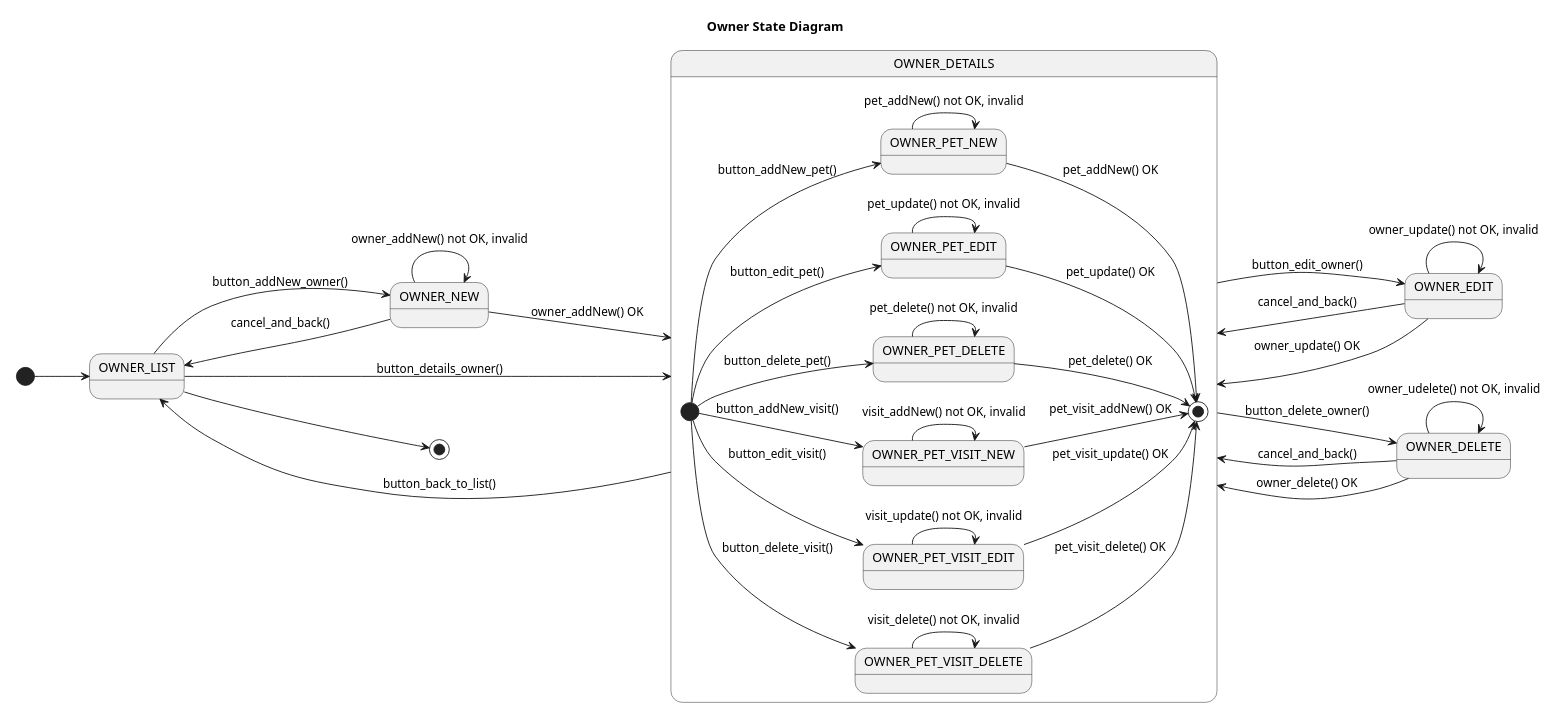
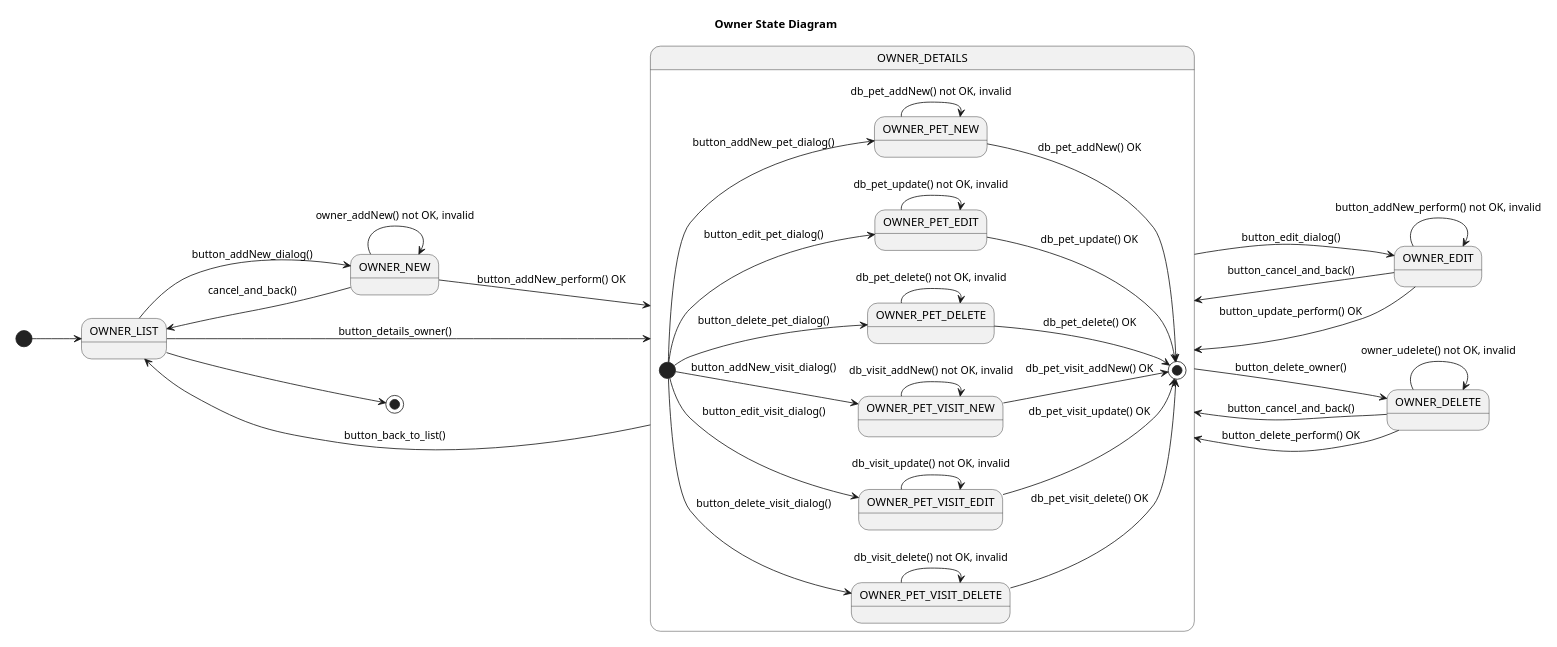
One commit to Jakarta-EE-Petclinic/petclinic-uml changed the diagram in puml/owner/Owner__State.puml. Above: the diagram before and after it, drawn with PlantUML. The commit also changed 2 other files, not shown here.

```diff
--- a/puml/owner/Owner__State.puml
+++ b/puml/owner/Owner__State.puml
@@ -1,83 +1,80 @@
 @startuml
 
 title Owner State Diagram
 
 'https://plantuml.com/state-diagram
 
 left to right direction
 'top to bottom direction
 
 scale 1000 width
 
 [*] --> OWNER_LIST
 
-OWNER_LIST --> OWNER_NEW : button_addNew_owner()
-
+OWNER_LIST --> OWNER_NEW : button_addNew_dialog()
 OWNER_NEW --> OWNER_LIST: cancel_and_back()
-OWNER_NEW --> OWNER_DETAILS: owner_addNew() OK
+OWNER_NEW --> OWNER_DETAILS: button_addNew_perform() OK
 
 OWNER_LIST --> OWNER_DETAILS: button_details_owner()
-
 OWNER_DETAILS --> OWNER_LIST: button_back_to_list()
 
-OWNER_DETAILS --> OWNER_EDIT: button_edit_owner()
-OWNER_EDIT --> OWNER_DETAILS: cancel_and_back()
+OWNER_DETAILS --> OWNER_EDIT: button_edit_dialog()
+OWNER_EDIT --> OWNER_DETAILS: button_cancel_and_back()
+OWNER_EDIT --> OWNER_DETAILS: button_update_perform() OK
 
 OWNER_DETAILS --> OWNER_DELETE: button_delete_owner()
-OWNER_DELETE --> OWNER_DETAILS: cancel_and_back()
-
-OWNER_EDIT --> OWNER_DETAILS: owner_update() OK
-OWNER_DELETE --> OWNER_DETAILS: owner_delete() OK
+OWNER_DELETE --> OWNER_DETAILS: button_cancel_and_back()
+OWNER_DELETE --> OWNER_DETAILS: button_delete_perform() OK
 
 state OWNER_DETAILS {
 
-    [*] --> OWNER_PET_NEW: button_addNew_pet()
-    [*] --> OWNER_PET_EDIT: button_edit_pet()
-    [*] --> OWNER_PET_DELETE: button_delete_pet()
+    [*] --> OWNER_PET_NEW: button_addNew_pet_dialog()
+    [*] --> OWNER_PET_EDIT: button_edit_pet_dialog()
+    [*] --> OWNER_PET_DELETE: button_delete_pet_dialog()
 
-    [*] --> OWNER_PET_VISIT_NEW: button_addNew_visit()
-    [*] --> OWNER_PET_VISIT_EDIT: button_edit_visit()
-    [*] --> OWNER_PET_VISIT_DELETE: button_delete_visit()
+    [*] --> OWNER_PET_VISIT_NEW: button_addNew_visit_dialog()
+    [*] --> OWNER_PET_VISIT_EDIT: button_edit_visit_dialog()
+    [*] --> OWNER_PET_VISIT_DELETE: button_delete_visit_dialog()
 
-    OWNER_PET_NEW --> [*] : pet_addNew() OK
-    OWNER_PET_EDIT --> [*] : pet_update() OK
-    OWNER_PET_DELETE --> [*]: pet_delete() OK
+    OWNER_PET_NEW --> [*] : db_pet_addNew() OK
+    OWNER_PET_EDIT --> [*] : db_pet_update() OK
+    OWNER_PET_DELETE --> [*]: db_pet_delete() OK
 
-    OWNER_PET_VISIT_NEW --> [*] : pet_visit_addNew() OK
-    OWNER_PET_VISIT_EDIT --> [*] : pet_visit_update() OK
-    OWNER_PET_VISIT_DELETE --> [*]: pet_visit_delete() OK
+    OWNER_PET_VISIT_NEW --> [*] : db_pet_visit_addNew() OK
+    OWNER_PET_VISIT_EDIT --> [*] : db_pet_visit_update() OK
+    OWNER_PET_VISIT_DELETE --> [*]: db_pet_visit_delete() OK
 
     state OWNER_PET_NEW {
-        OWNER_PET_NEW --> OWNER_PET_NEW : pet_addNew() not OK, invalid
+        OWNER_PET_NEW --> OWNER_PET_NEW : db_pet_addNew() not OK, invalid
     }
     state OWNER_PET_EDIT {
-        OWNER_PET_EDIT --> OWNER_PET_EDIT : pet_update() not OK, invalid
+        OWNER_PET_EDIT --> OWNER_PET_EDIT : db_pet_update() not OK, invalid
     }
     state OWNER_PET_DELETE {
-        OWNER_PET_DELETE --> OWNER_PET_DELETE: pet_delete() not OK, invalid
+        OWNER_PET_DELETE --> OWNER_PET_DELETE: db_pet_delete() not OK, invalid
     }
 
     state OWNER_PET_VISIT_NEW {
-        OWNER_PET_VISIT_NEW --> OWNER_PET_VISIT_NEW : visit_addNew() not OK, invalid
+        OWNER_PET_VISIT_NEW --> OWNER_PET_VISIT_NEW : db_visit_addNew() not OK, invalid
     }
     state OWNER_PET_VISIT_EDIT {
-        OWNER_PET_VISIT_EDIT --> OWNER_PET_VISIT_EDIT : visit_update() not OK, invalid
+        OWNER_PET_VISIT_EDIT --> OWNER_PET_VISIT_EDIT : db_visit_update() not OK, invalid
     }
     state OWNER_PET_VISIT_DELETE {
-        OWNER_PET_VISIT_DELETE --> OWNER_PET_VISIT_DELETE: visit_delete() not OK, invalid
+        OWNER_PET_VISIT_DELETE --> OWNER_PET_VISIT_DELETE: db_visit_delete() not OK, invalid
     }
 }
 
 state OWNER_EDIT {
-    OWNER_EDIT --> OWNER_EDIT: owner_update() not OK, invalid
+    OWNER_EDIT --> OWNER_EDIT: button_addNew_perform() not OK, invalid
 }
 state OWNER_DELETE {
     OWNER_DELETE --> OWNER_DELETE: owner_udelete() not OK, invalid
 }
 state OWNER_NEW {
     OWNER_NEW --> OWNER_NEW : owner_addNew() not OK, invalid
 }
 
 OWNER_LIST --> [*]
 
 @enduml
```
